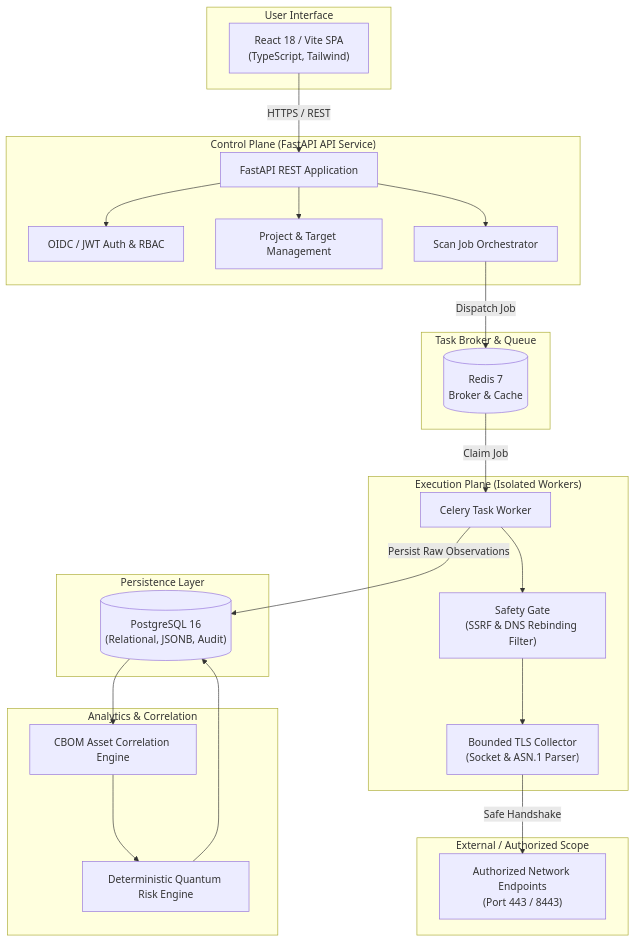
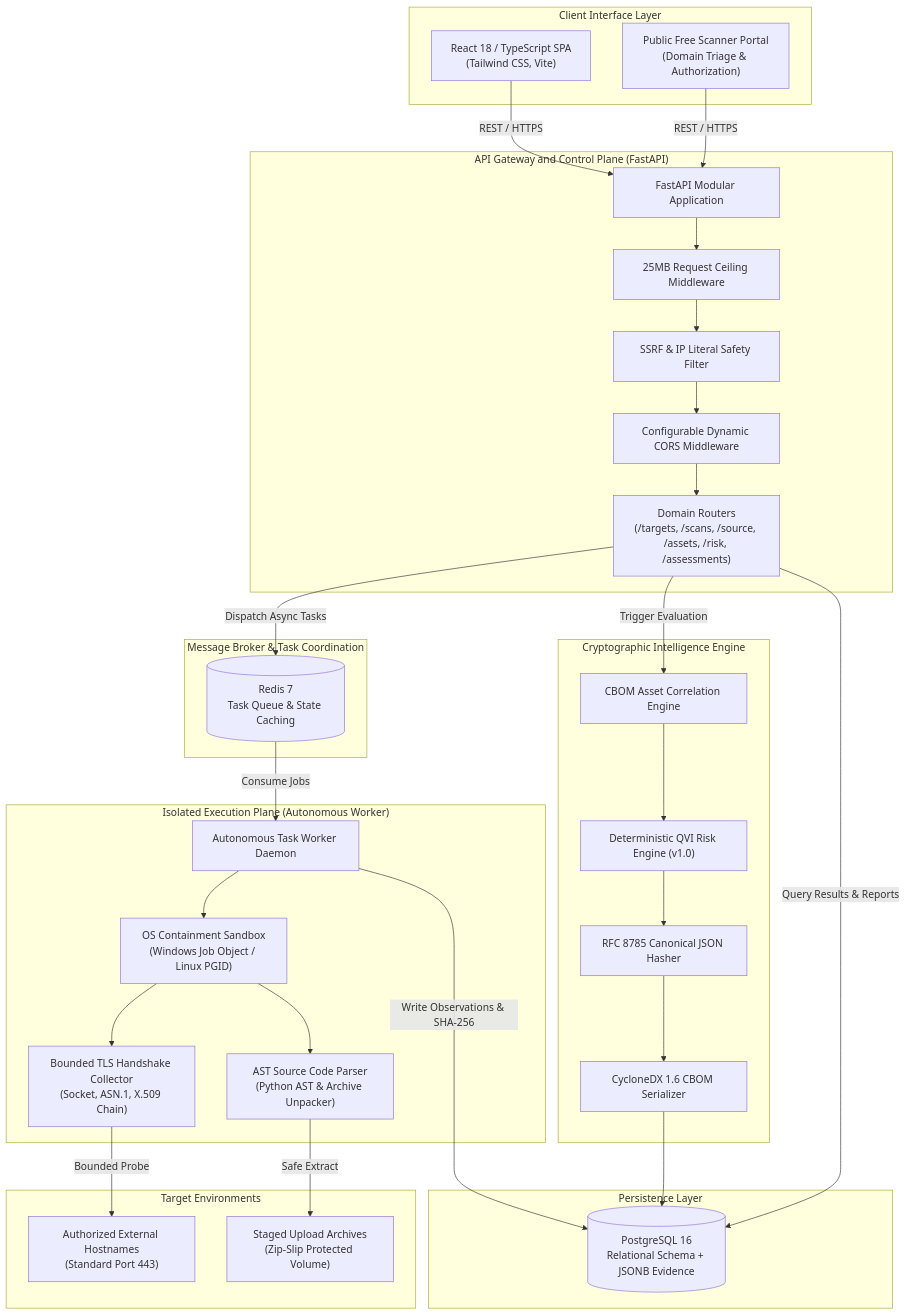
One commit to shlok926/quantum-flow-pqc-platform changed the first of 4 diagrams in README.md. Above: the diagram before and after it, drawn with Mermaid. The commit also changed other lines of this file and 4 other files, not shown here.

Commit message:
fix(deploy): resolve cors setting parsing on render, fix public scanner routing, and update technical readme

````diff
--- a/README.md
+++ b/README.md
@@ -105,50 +99,65 @@
 ```mermaid
-graph TD
-    subgraph UI ["User Interface"]
-        SPA["React 18 / Vite SPA<br/>(TypeScript, Tailwind)"]
+flowchart TD
+    subgraph Clients["Client Interface Layer"]
+        SPA["React 18 / TypeScript SPA<br/>(Tailwind CSS, Vite)"]
+        PUB["Public Free Scanner Portal<br/>(Domain Triage & Authorization)"]
     end
 
-    subgraph ControlPlane ["Control Plane (FastAPI API Service)"]
-        API["FastAPI REST Application"]
-        AUTH["OIDC / JWT Auth & RBAC"]
-        PROJECTS["Project & Target Management"]
-        ORCH["Scan Job Orchestrator"]
-        API --> AUTH
-        API --> PROJECTS
-        API --> ORCH
+    subgraph Gateway["API Gateway and Control Plane (FastAPI)"]
+        API["FastAPI Modular Application"]
+        BODY_CEIL["25MB Request Ceiling Middleware"]
+        SSRF_GATE["SSRF & IP Literal Safety Filter"]
+        CORS["Configurable Dynamic CORS Middleware"]
+        ROUTERS["Domain Routers<br/>(/targets, /scans, /source, /assets, /risk, /assessments)"]
+        
+        API --> BODY_CEIL
+        BODY_CEIL --> SSRF_GATE
+        SSRF_GATE --> CORS
+        CORS --> ROUTERS
     end
 
-    subgraph MessageBroker ["Task Broker & Queue"]
-        REDIS[("Redis 7<br/>Broker & Cache")]
+    subgraph Messaging["Message Broker & Task Coordination"]
+        REDIS[("Redis 7<br/>Task Queue & State Caching")]
     end
 
-    subgraph ExecutionPlane ["Execution Plane (Isolated Workers)"]
-        WORKER["Celery Task Worker"]
-        SAFETY["Safety Gate<br/>(SSRF & DNS Rebinding Filter)"]
-        COLLECTOR["Bounded TLS Collector<br/>(Socket & ASN.1 Parser)"]
-        WORKER --> SAFETY
-        SAFETY --> COLLECTOR
+    subgraph Workers["Isolated Execution Plane (Autonomous Worker)"]
+        WORKER["Autonomous Task Worker Daemon"]
+        CONTAINMENT["OS Containment Sandbox<br/>(Windows Job Object / Linux PGID)"]
+        TLS_COLLECTOR["Bounded TLS Handshake Collector<br/>(Socket, ASN.1, X.509 Chain)"]
+        SRC_PARSER["AST Source Code Parser<br/>(Python AST & Archive Unpacker)"]
+        
+        WORKER --> CONTAINMENT
+        CONTAINMENT --> TLS_COLLECTOR
+        CONTAINMENT --> SRC_PARSER
     end
 
-    subgraph TargetEnv ["External / Authorized Scope"]
-        TARGETS["Authorized Network Endpoints<br/>(Port 443 / 8443)"]
+    subgraph Targets["Target Environments"]
+        EXT_NET["Authorized External Hostnames<br/>(Standard Port 443)"]
+        ARCHIVES["Staged Upload Archives<br/>(Zip-Slip Protected Volume)"]
     end
 
-    subgraph AnalyticsEngine ["Analytics & Correlation"]
-        CORR["CBOM Asset Correlation Engine"]
-        RISK["Deterministic Quantum Risk Engine"]
+    subgraph Intelligence["Cryptographic Intelligence Engine"]
+        CBOM_ENG["CBOM Asset Correlation Engine"]
+        RISK_ENG["Deterministic QVI Risk Engine (v1.0)"]
+        CANON_HASH["RFC 8785 Canonical JSON Hasher"]
+        CYCLONE["CycloneDX 1.6 CBOM Serializer"]
     end
 
-    subgraph Persistence ["Persistence Layer"]
-        PG[("PostgreSQL 16<br/>(Relational, JSONB, Audit)")]
+    subgraph Storage["Persistence Layer"]
+        PG[("PostgreSQL 16<br/>Relational Schema + JSONB Evidence")]
     end
 
-    SPA -->|HTTPS / REST| API
-    ORCH -->|Dispatch Job| REDIS
-    REDIS -->|Claim Job| WORKER
-    COLLECTOR -->|Safe Handshake| TARGETS
-    WORKER -->|Persist Raw Observations| PG
-    PG --> CORR
-    CORR --> RISK
-    RISK --> PG
+    SPA -->|REST / HTTPS| API
+    PUB -->|REST / HTTPS| API
+    ROUTERS -->|Dispatch Async Tasks| REDIS
+    REDIS -->|Consume Jobs| WORKER
+    TLS_COLLECTOR -->|Bounded Probe| EXT_NET
+    SRC_PARSER -->|Safe Extract| ARCHIVES
+    WORKER -->|Write Observations & SHA-256| PG
+    ROUTERS -->|Trigger Evaluation| CBOM_ENG
+    CBOM_ENG --> RISK_ENG
+    RISK_ENG --> CANON_HASH
+    CANON_HASH --> CYCLONE
+    CYCLONE --> PG
+    ROUTERS -->|Query Results & Reports| PG
 ```
````
